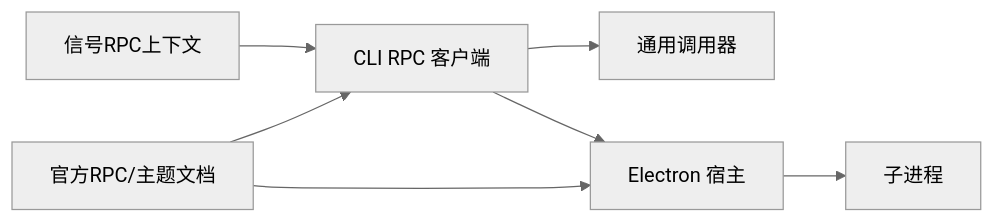
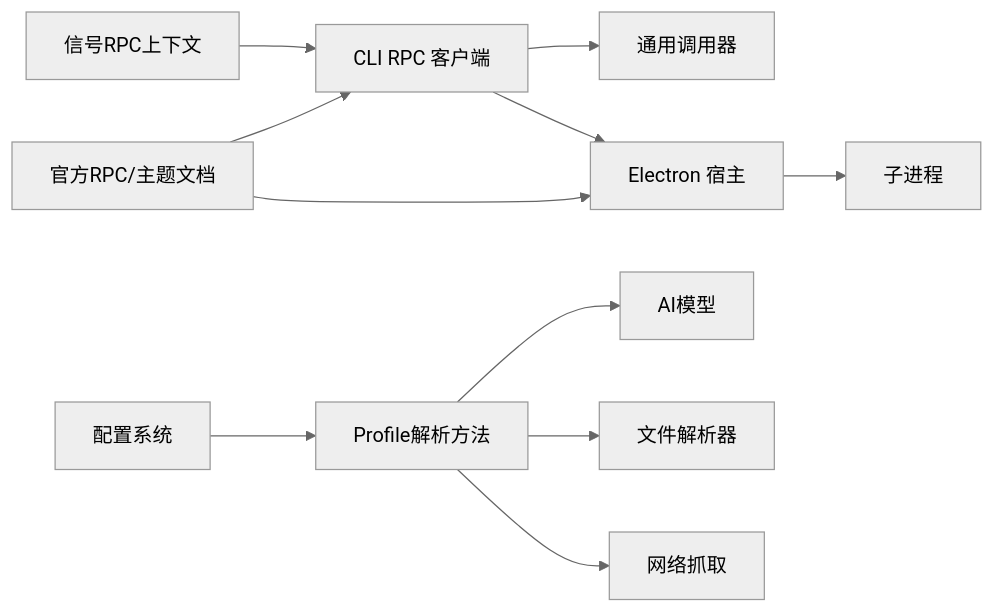
The seventh of 7 diagrams in .qoder/repowiki/zh/content/网关服务器/API接口/网关方法.md (verse-ai-org/openclaw), drawn with Mermaid (neutral theme) before and after one commit. The commit also changed other lines of this file and 27 other files, not shown here.

````diff
--- a/.qoder/repowiki/zh/content/网关服务器/API接口/网关方法.md
+++ b/.qoder/repowiki/zh/content/网关服务器/API接口/网关方法.md
@@ -244,9 +345,13 @@
 ```mermaid
 graph LR
 CLI["CLI RPC 客户端"] --> Call["通用调用器"]
 CLI --> Host["Electron 宿主"]
 Host --> Proc["子进程"]
 Signal["信号RPC上下文"] --> CLI
 Docs["官方RPC/主题文档"] --> CLI
 Docs --> Host
+Profile["Profile解析方法"] --> AI["AI模型"]
+Profile --> FileParser["文件解析器"]
+Profile --> Network["网络抓取"]
+Config["配置系统"] --> Profile
 ```
````
